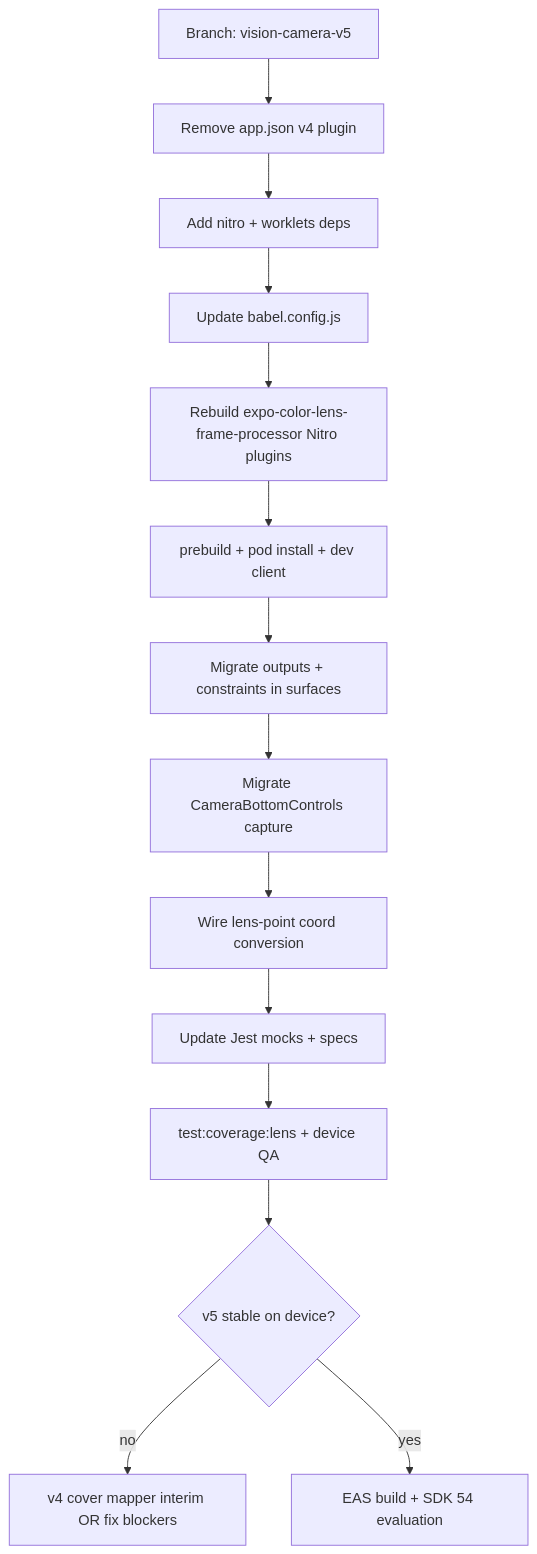
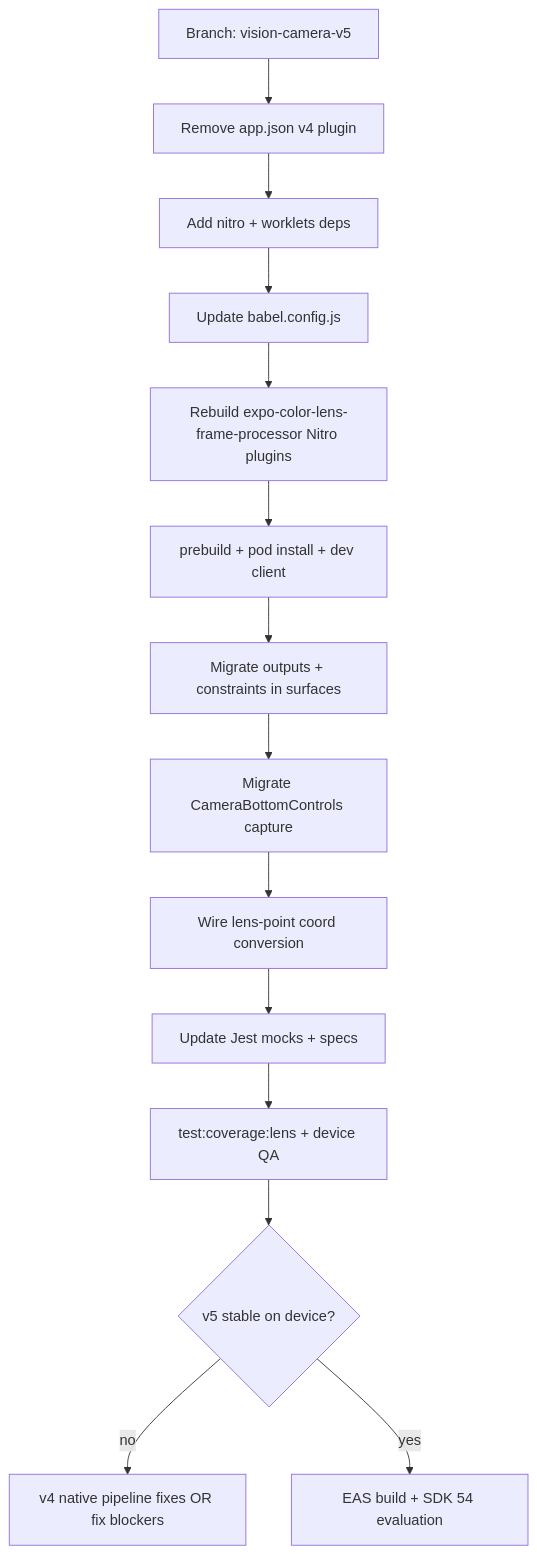
One commit to keithbmccall/affirmations changed the diagram in lib/features/Lens/VISION_CAMERA_V5_MIGRATION.md. Above: the diagram before and after it, drawn with Mermaid. The commit also changed other lines of this file and 17 other files, not shown here.

````diff
--- a/lib/features/Lens/VISION_CAMERA_V5_MIGRATION.md
+++ b/lib/features/Lens/VISION_CAMERA_V5_MIGRATION.md
@@ -174,16 +174,16 @@
 ```mermaid
 flowchart TD
   A[Branch: vision-camera-v5] --> B[Remove app.json v4 plugin]
   B --> C[Add nitro + worklets deps]
   C --> D[Update babel.config.js]
   D --> E[Rebuild expo-color-lens-frame-processor Nitro plugins]
   E --> F[prebuild + pod install + dev client]
   F --> G[Migrate outputs + constraints in surfaces]
   G --> H[Migrate CameraBottomControls capture]
   H --> I[Wire lens-point coord conversion]
   I --> J[Update Jest mocks + specs]
   J --> K[test:coverage:lens + device QA]
   K --> L{v5 stable on device?}
-  L -->|no| M[v4 cover mapper interim OR fix blockers]
+  L -->|no| M[v4 native pipeline fixes OR fix blockers]
   L -->|yes| N[EAS build + SDK 54 evaluation]
 ```
````
